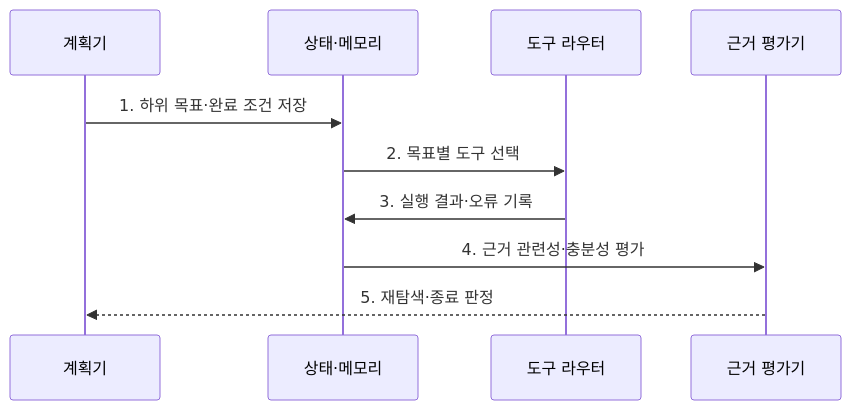
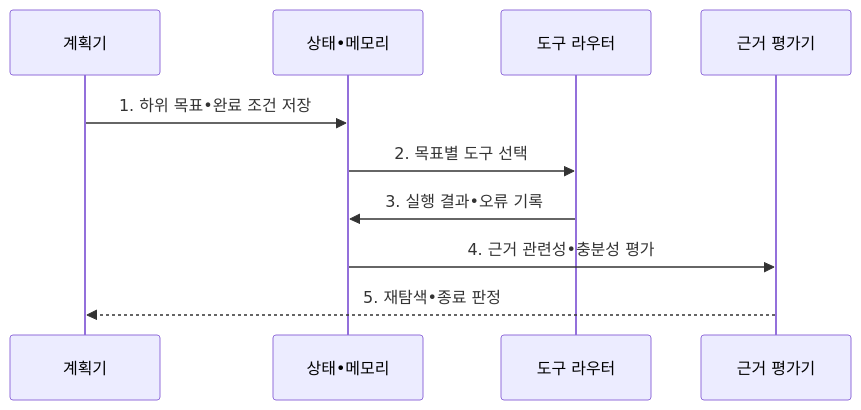
Before and after one commit to agnusdei1207/knowledge-base: the second of 2 diagrams in src/content/docs/notes/08-latest-tech/071_agentic_rag.md, drawn with Mermaid. The commit also changed other lines of this file and 953 other files, not shown here.

````diff
--- a/src/content/docs/notes/08-latest-tech/071_agentic_rag.md
+++ b/src/content/docs/notes/08-latest-tech/071_agentic_rag.md
@@ -103,12 +103,12 @@
 ```mermaid
 sequenceDiagram
   participant P as 계획기
-  participant M as 상태·메모리
+  participant M as 상태•메모리
   participant R as 도구 라우터
   participant E as 근거 평가기
-  P->>M: 1. 하위 목표·완료 조건 저장
+  P->>M: 1. 하위 목표•완료 조건 저장
   M->>R: 2. 목표별 도구 선택
-  R->>M: 3. 실행 결과·오류 기록
-  M->>E: 4. 근거 관련성·충분성 평가
-  E-->>P: 5. 재탐색·종료 판정
+  R->>M: 3. 실행 결과•오류 기록
+  M->>E: 4. 근거 관련성•충분성 평가
+  E-->>P: 5. 재탐색•종료 판정
 ```
````
